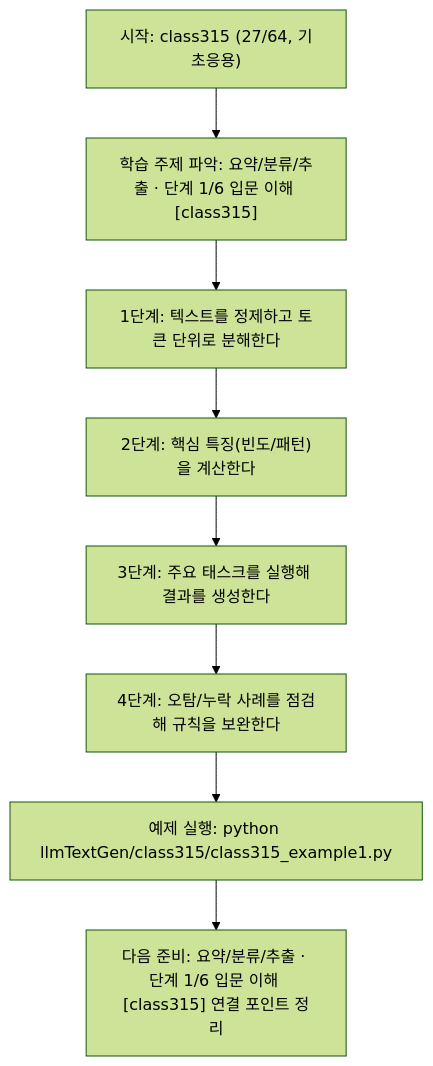
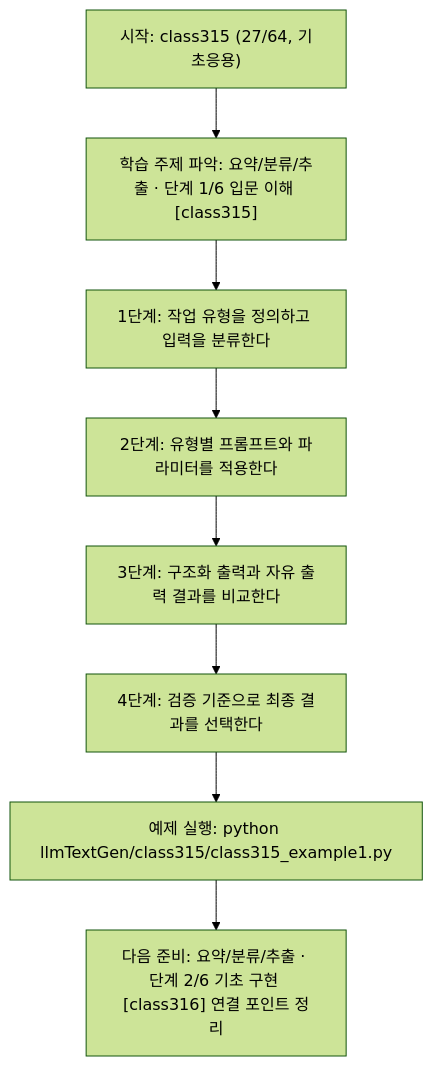
Before and after one commit to edumgt/Python-AI_Agent-Class: the diagram in llmTextGen/class315/class315.md, drawn with Mermaid (forest theme). The commit also changed other lines of this file and 451 other files, not shown here.

````diff
--- a/llmTextGen/class315/class315.md
+++ b/llmTextGen/class315/class315.md
@@ -114,18 +95,18 @@
 ```mermaid
 flowchart TD
 N1["시작: class315 (27/64, 기초응용)"]
 N2["학습 주제 파악: 요약/분류/추출 · 단계 1/6 입문 이해 [class315]"]
-N3["1단계: 텍스트를 정제하고 토큰 단위로 분해한다"]
-N4["2단계: 핵심 특징(빈도/패턴)을 계산한다"]
-N5["3단계: 주요 태스크를 실행해 결과를 생성한다"]
-N6["4단계: 오탐/누락 사례를 점검해 규칙을 보완한다"]
+N3["1단계: 작업 유형을 정의하고 입력을 분류한다"]
+N4["2단계: 유형별 프롬프트와 파라미터를 적용한다"]
+N5["3단계: 구조화 출력과 자유 출력 결과를 비교한다"]
+N6["4단계: 검증 기준으로 최종 결과를 선택한다"]
 N7["예제 실행: python llmTextGen/class315/class315_example1.py"]
-N8["다음 준비: 요약/분류/추출 · 단계 1/6 입문 이해 [class315] 연결 포인트 정리"]
+N8["다음 준비: 요약/분류/추출 · 단계 2/6 기초 구현 [class316] 연결 포인트 정리"]
 N1 --> N2
 N2 --> N3
 N3 --> N4
 N4 --> N5
 N5 --> N6
 N6 --> N7
 N7 --> N8
 ```
````
